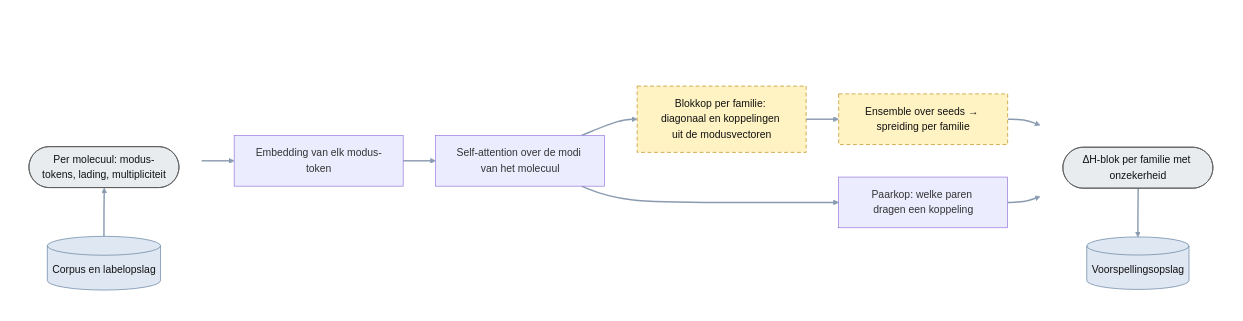
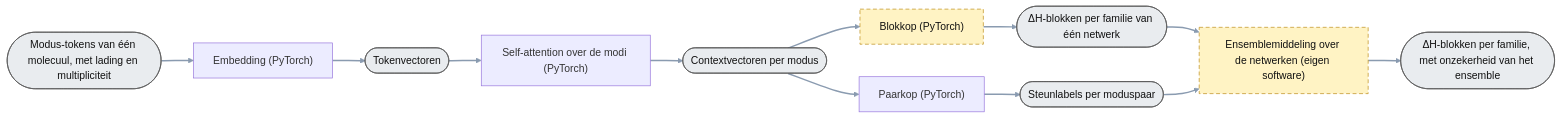
Before and after one commit to thebreadishard/udacity-capstone-plan: the diagram in plans/05_delta-probed-ir-pipeline/GoalGathering/architecture/40_netwerk_componenten.mmd, drawn with Mermaid. The commit also changed 5 other files, not shown here.

Commit message:
Plan 05 architecture: the agreed rules applied to all target sheets (overview, label factory, corpus, training/validation/test, forward-pass components): step -> one data object, operation + software captions, no stores, no diamonds on target sheets, plain Mermaid; index with the consolidated rules

```diff
--- a/plans/05_delta-probed-ir-pipeline/GoalGathering/architecture/40_netwerk_componenten.mmd
+++ b/plans/05_delta-probed-ir-pipeline/GoalGathering/architecture/40_netwerk_componenten.mmd
@@ -1,40 +1,22 @@
-%% Doelarchitectuur — Componenten van het netwerk (niveau 4). Grotendeels nog niet gebouwd.
-%% Rechthoek = processtap; ronde uiteinden = data-object; cilinder = opslag (onder het data-object). Gestippeld = nog niet gebouwd.
+%% Componenten van de forward pass (niveau 4): wat er binnen de stap "Forward pass (eigen netwerk, PyTorch)" van blad 4 gebeurt. Doelarchitectuur; grotendeels nog niet gebouwd.
+%% Rechthoek = processtap (bewerking + software); ronde uiteinden = data-object (het ding). Elke stap levert één data-object. Gestippeld = nog niet gebouwd.
 flowchart LR
   linkStyle default stroke:#8a9bb0,stroke-width:2.2px
   classDef planned stroke-dasharray: 6 4,stroke:#b8860b,fill:#fff3c4,color:#111
   classDef data fill:#e9ecef,stroke:#555,color:#111
-  classDef store fill:#dfe7f2,stroke:#5b7a99,color:#111
 
-  subgraph IN [" "]
-    direction BT
-    INP(["Per molecuul: modus-tokens, lading, multipliciteit"]):::data
-    CORPUS[("Corpus en labelopslag")]:::store
-    CORPUS --> INP
-    SP0["&nbsp;<br/>&nbsp;<br/>&nbsp;"]
-  end
-  EMB["Embedding van elk modus-token"]
-  ENC["Self-attention over de modi van het molecuul"]
-  BLK["Blokkop per familie: diagonaal en koppelingen uit de modusvectoren"]:::planned
-  PAIR["Paarkop: welke paren dragen een koppeling"]
-  UNC["Ensemble over seeds → spreiding per familie"]:::planned
-  subgraph OUT [" "]
-    direction TB
-    OUTB(["ΔH-blok per familie met onzekerheid"]):::data
-    STORE[("Voorspellingsopslag")]:::store
-    OUTB --> STORE
-    SP1["&nbsp;<br/>&nbsp;<br/>&nbsp;"]
-  end
-  style IN fill:none,stroke:none
-  style OUT fill:none,stroke:none
+  TOK(["Modus-tokens van één molecuul, met lading en multipliciteit"]):::data
+  EMB["Embedding (PyTorch)"]
+  EMBV(["Tokenvectoren"]):::data
+  ATT["Self-attention over de modi (PyTorch)"]
+  CTX(["Contextvectoren per modus"]):::data
+  BLK["Blokkop (PyTorch)"]:::planned
+  BLKS(["ΔH-blokken per familie van één netwerk"]):::data
+  PAIR["Paarkop (PyTorch)"]
+  PAIRS(["Steunlabels per moduspaar"]):::data
+  ENSA["Ensemblemiddeling over de netwerken (eigen software)"]:::planned
+  OUT(["ΔH-blokken per familie, met onzekerheid van het ensemble"]):::data
 
-  IN --> EMB --> ENC --> BLK --> UNC --> OUT
-  ENC --> PAIR --> OUT
-
-  %% onzichtbare vulknopen boven de data-objecten (uitlijning met de naaste stap); hun verbindingen zijn weggestyled
-  INP --- SP0
-  SP1 --- OUTB
-  linkStyle 9 stroke:none,stroke-width:0px
-  linkStyle 10 stroke:none,stroke-width:0px
-  style SP0 fill:none,stroke:none,color:transparent
-  style SP1 fill:none,stroke:none,color:transparent
+  TOK --> EMB --> EMBV --> ATT --> CTX
+  CTX --> BLK --> BLKS --> ENSA --> OUT
+  CTX --> PAIR --> PAIRS --> ENSA
```
